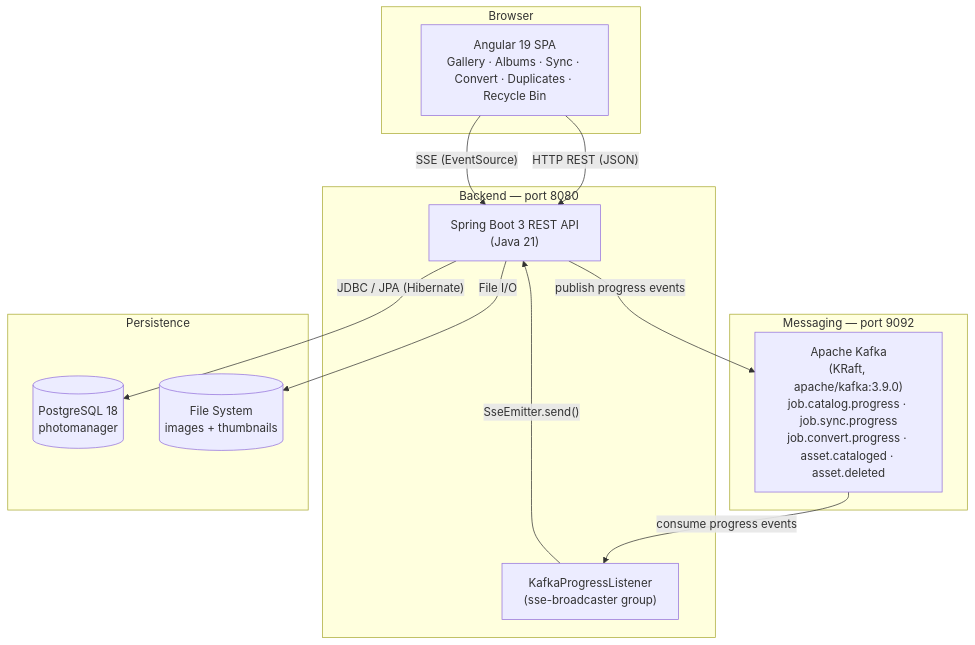
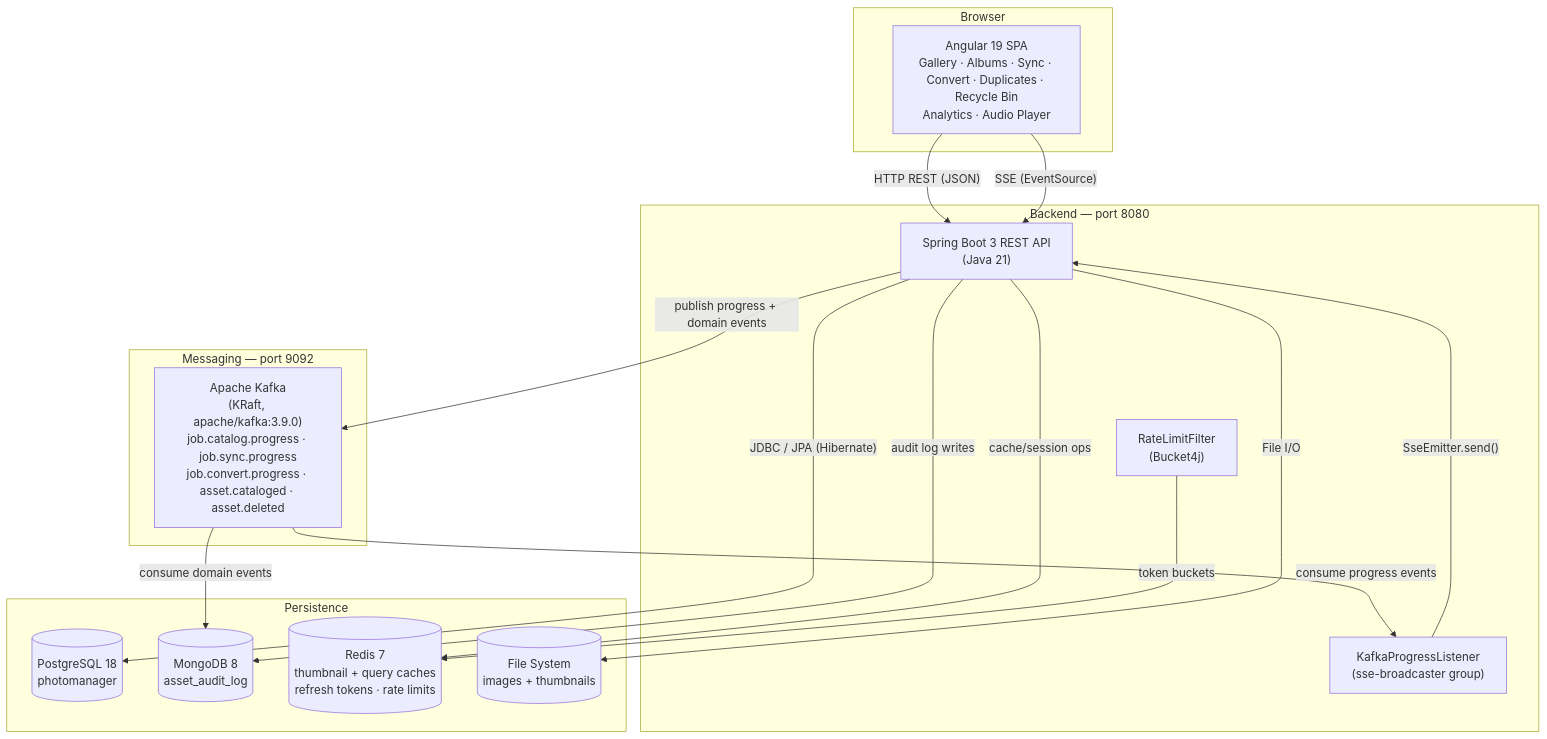
Before and after one commit to jpablodrexler/jp-photo-manager: the first of 6 diagrams in JPPhotoManagerWeb/README.md, drawn with Mermaid. The commit also changed other lines of this file, not shown here.

First line of the commit message:
Sync JPPhotoManagerWeb README with the current backend and frontend

````diff
--- a/JPPhotoManagerWeb/README.md
+++ b/JPPhotoManagerWeb/README.md
@@ -83,28 +95,35 @@
 ```mermaid
 graph TB
     subgraph browser["Browser"]
-        Angular["Angular 19 SPA\nGallery · Albums · Sync · Convert · Duplicates · Recycle Bin"]
+        Angular["Angular 19 SPA\nGallery · Albums · Sync · Convert · Duplicates · Recycle Bin\nAnalytics · Audio Player"]
     end
 
     subgraph backend["Backend — port 8080"]
         SpringBoot["Spring Boot 3 REST API\n(Java 21)"]
         KPL["KafkaProgressListener\n(sse-broadcaster group)"]
+        RLF["RateLimitFilter\n(Bucket4j)"]
     end
 
     subgraph messaging["Messaging — port 9092"]
         Kafka["Apache Kafka\n(KRaft, apache/kafka:3.9.0)\njob.catalog.progress · job.sync.progress\njob.convert.progress · asset.cataloged · asset.deleted"]
     end
 
     subgraph persistence["Persistence"]
         PG[("PostgreSQL 18\nphotomanager")]
+        Mongo[("MongoDB 8\nasset_audit_log")]
+        Redis[("Redis 7\nthumbnail + query caches\nrefresh tokens · rate limits")]
         FS[("File System\nimages + thumbnails")]
     end
 
     Angular -->|"HTTP REST (JSON)"| SpringBoot
     Angular -->|"SSE (EventSource)"| SpringBoot
     SpringBoot -->|"JDBC / JPA (Hibernate)"| PG
+    SpringBoot -->|"audit log writes"| Mongo
+    SpringBoot -->|"cache/session ops"| Redis
+    RLF -->|"token buckets"| Redis
     SpringBoot -->|"File I/O"| FS
-    SpringBoot -->|"publish progress events"| Kafka
+    SpringBoot -->|"publish progress + domain events"| Kafka
     Kafka -->|"consume progress events"| KPL
+    Kafka -->|"consume domain events"| Mongo
     KPL -->|"SseEmitter.send()"| SpringBoot
 ```
````
